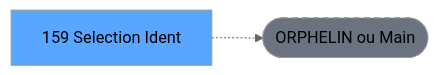
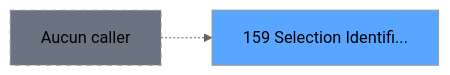
Before and after one commit to thonyAGP/magic-migration: the second of 3 diagrams in .openspec/specs/ADH-IDE-159.md, drawn with Mermaid (neutral theme). The commit also changed other lines of this file and 493 other files, not shown here.

````diff
--- a/.openspec/specs/ADH-IDE-159.md
+++ b/.openspec/specs/ADH-IDE-159.md
@@ -122,8 +323,8 @@
 ```mermaid
 graph LR
-    T[159 Selection Ident]
-    ORPHAN([ORPHELIN ou Main])
-    T -.-> ORPHAN
-    style T fill:#58a6ff,color:#000
-    style ORPHAN fill:#6b7280,stroke-dasharray: 5 5
+    T159[159 Selection Identifi...]
+    style T159 fill:#58a6ff
+    NONE[Aucun caller]
+    NONE -.-> T159
+    style NONE fill:#6b7280,stroke-dasharray: 5 5
 ```
````
